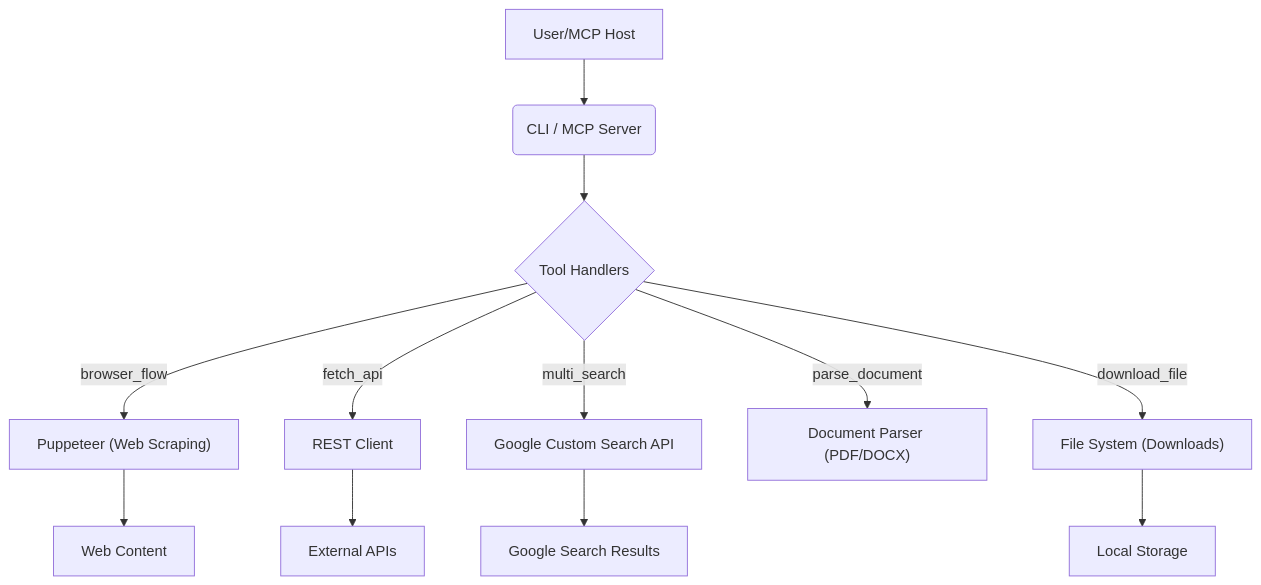
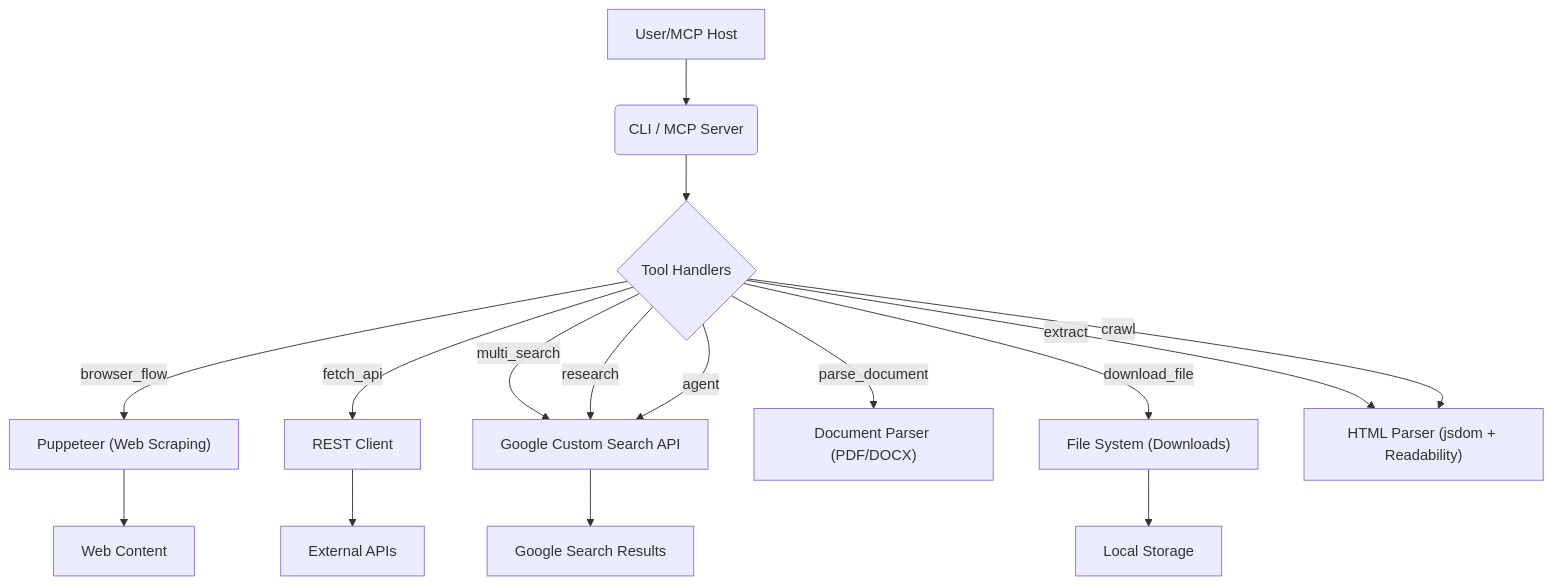
The diagram in README.md (rayss868/MCP-Web-Curl), drawn with Mermaid before and after one commit. The commit also changed other lines of this file and 10 other files, not shown here.

Commit message:
Add research, extract, crawl, agent MCP tools + README update (v1.4.2)

````diff
--- a/README.md
+++ b/README.md
@@ -142,14 +148,18 @@
 ```mermaid
 graph TD
     A[User/MCP Host] --> B(CLI / MCP Server)
     B --> C{Tool Handlers}
     C -- browser_flow --> D["Puppeteer (Web Scraping)"]
     C -- fetch_api --> E["REST Client"]
     C -- multi_search --> F["Google Custom Search API"]
     C -- parse_document --> G["Document Parser (PDF/DOCX)"]
     C -- download_file --> H["File System (Downloads)"]
-    D --> I["Web Content"]
-    E --> J["External APIs"]
-    F --> K["Google Search Results"]
-    H --> L["Local Storage"]
+    C -- research --> F
+    C -- agent --> F
+    C -- extract --> I["HTML Parser (jsdom + Readability)"]
+    C -- crawl --> I
+    D --> J["Web Content"]
+    E --> K["External APIs"]
+    F --> L["Google Search Results"]
+    H --> M["Local Storage"]
 ```
````
